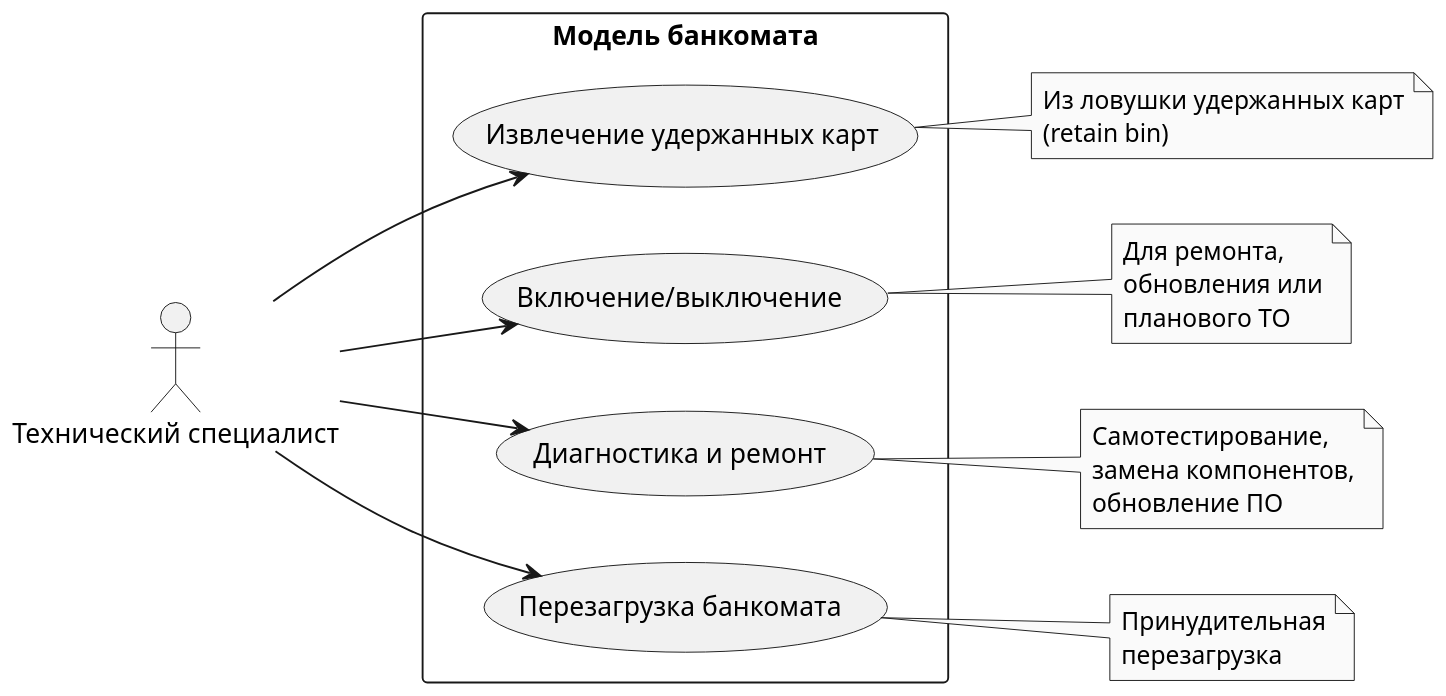
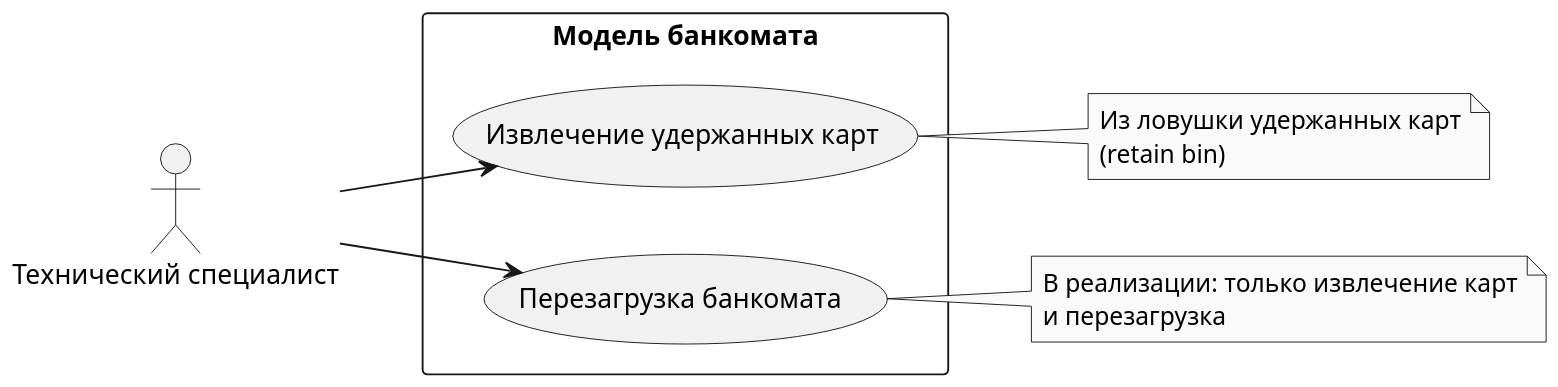
Before and after one commit to vodo4kin/PPOIS_2sem: the diagram in labs/lab_1/ATM/uml/ATM_Technician_UseCases.puml, drawn with PlantUML. The commit also changed 122 other files, not shown here.

```diff
--- a/labs/lab_1/ATM/uml/ATM_Technician_UseCases.puml
+++ b/labs/lab_1/ATM/uml/ATM_Technician_UseCases.puml
@@ -1,45 +1,29 @@
 @startuml ATM_Technician_UseCases
 skinparam monochrome true
 skinparam shadowing false
 skinparam dpi 150
 
 left to right direction
 
 actor "Технический специалист" as Technician
 
 rectangle "Модель банкомата" {
 
     usecase "Извлечение удержанных карт" as RetrieveCards
-    usecase "Включение/выключение" as PowerOnOff
-    usecase "Диагностика и ремонт" as DiagnosticsRepair
     usecase "Перезагрузка банкомата" as Reboot
 }
 
 Technician --> RetrieveCards
-Technician --> PowerOnOff
-Technician --> DiagnosticsRepair
 Technician --> Reboot
 
 note right of RetrieveCards
   Из ловушки удержанных карт
   (retain bin)
 end note
 
-note right of PowerOnOff
-  Для ремонта,
-  обновления или
-  планового ТО
-end note
-
-note right of DiagnosticsRepair
-  Самотестирование,
-  замена компонентов,
-  обновление ПО
-end note
-
 note right of Reboot
-  Принудительная
-  перезагрузка
+  В реализации: только извлечение карт
+  и перезагрузка
 end note
 
 @enduml
```
